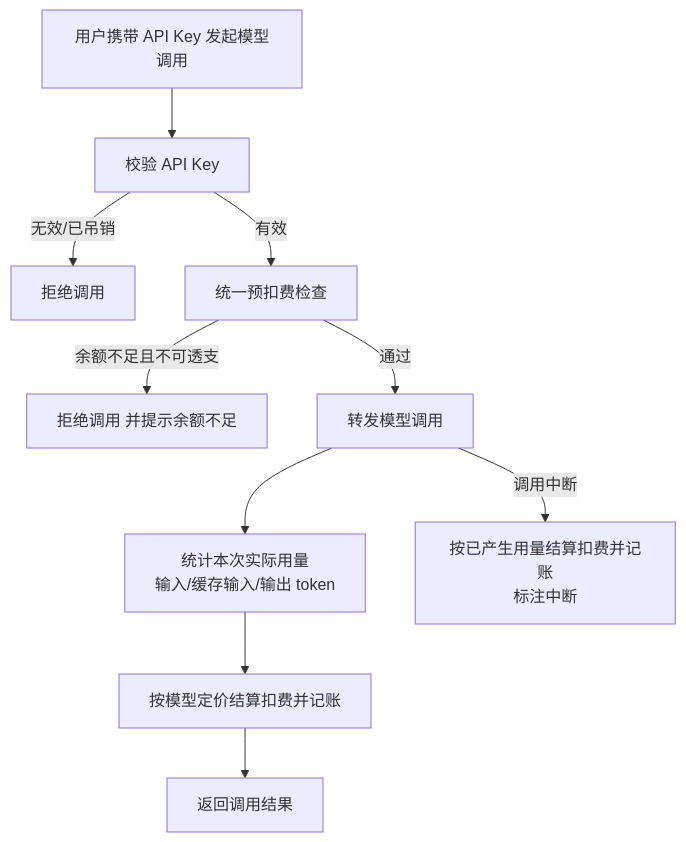
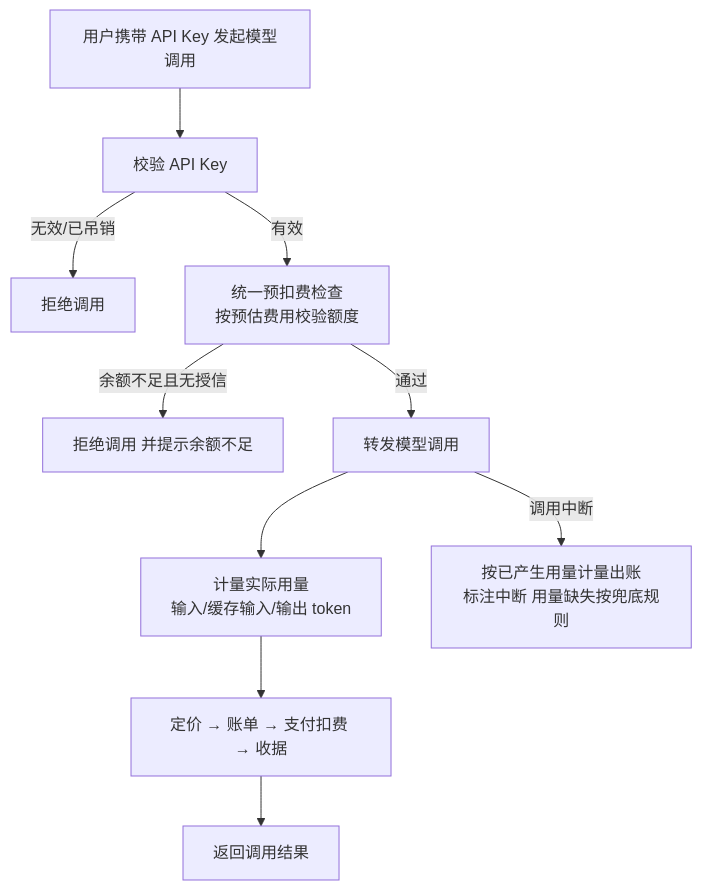
The fifth of 5 diagrams in docs/product/draft/20261018-credits-billing.md (Deliay/z-agent-gear), drawn with Mermaid before and after one commit. The commit also changed other lines of this file and 1 other file, not shown here.

````diff
--- a/docs/product/draft/20261018-credits-billing.md
+++ b/docs/product/draft/20261018-credits-billing.md
@@ -183,12 +260,12 @@
 ```mermaid
 flowchart TD
     A[用户携带 API Key 发起模型调用] --> B[校验 API Key]
     B -->|无效/已吊销| C[拒绝调用]
-    B -->|有效| D[统一预扣费检查]
-    D -->|余额不足且不可透支| E[拒绝调用 并提示余额不足]
+    B -->|有效| D[统一预扣费检查<br/>按预估费用校验额度]
+    D -->|余额不足且无授信| E[拒绝调用 并提示余额不足]
     D -->|通过| F[转发模型调用]
-    F --> G[统计本次实际用量<br/>输入/缓存输入/输出 token]
-    G --> H[按模型定价结算扣费并记账]
+    F --> G[计量实际用量<br/>输入/缓存输入/输出 token]
+    G --> H[定价 → 账单 → 支付扣费 → 收据]
     H --> I[返回调用结果]
-    F -->|调用中断| J[按已产生用量结算扣费并记账<br/>标注中断]
+    F -->|调用中断| J[按已产生用量计量出账<br/>标注中断 用量缺失按兜底规则]
 ```
````
